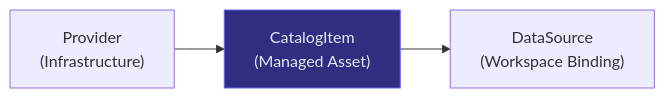
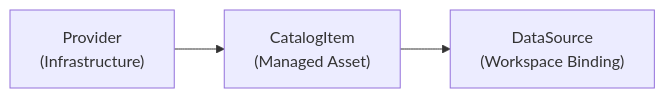
Before and after one commit to rkrumins/dataviz: the fifth of 5 diagrams in docs/DECISIONS.md, drawn with Mermaid. The commit also changed other lines of this file and 46 other files, not shown here.

````diff
--- a/docs/DECISIONS.md
+++ b/docs/DECISIONS.md
@@ -373,11 +369,10 @@
 ```mermaid
 graph LR
     Provider["Provider<br/>(Infrastructure)"]
     Catalog["CatalogItem<br/>(Managed Asset)"]
     DS["DataSource<br/>(Workspace Binding)"]
 
     Provider --> Catalog
     Catalog --> DS
 
-    style Catalog fill:#312e81,stroke:#6366f1,color:#e2e8f0
 ```
````
